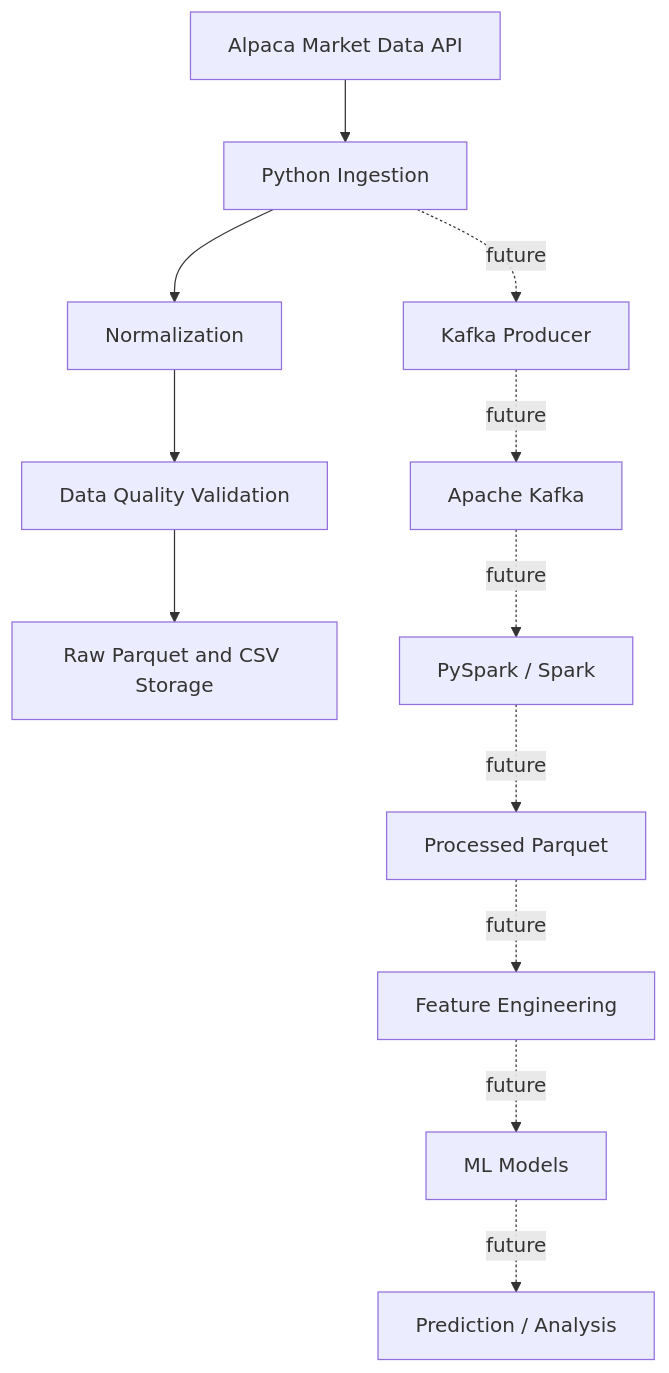
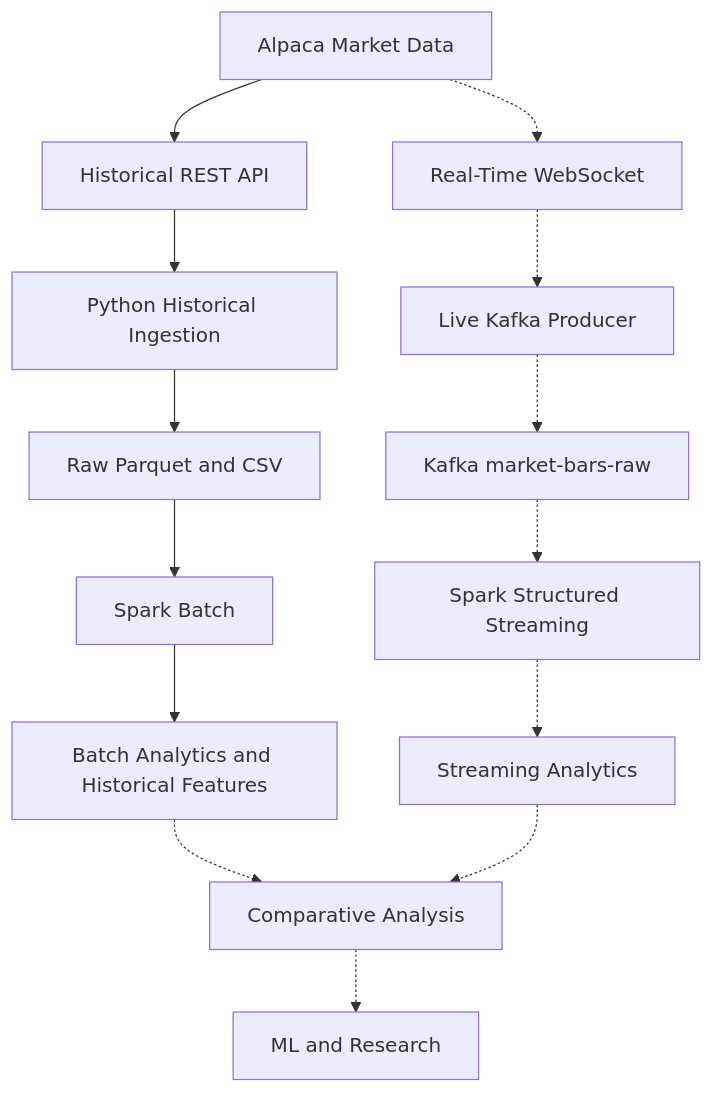
The first of 4 diagrams in README.md (1211882/LABGDD), drawn with Mermaid before and after one commit. The commit also changed other lines of this file and 26 other files, not shown here.

````diff
--- a/README.md
+++ b/README.md
@@ -20,15 +31,17 @@
 ```mermaid
 flowchart TD
-    A[Alpaca Market Data API] --> B[Python Ingestion]
-    B --> C[Normalization]
-    C --> D[Data Quality Validation]
-    D --> E[Raw Parquet and CSV Storage]
-
-    B -. future .-> F[Kafka Producer]
-    F -. future .-> G[Apache Kafka]
-    G -. future .-> H[PySpark / Spark]
-    H -. future .-> I[Processed Parquet]
-    I -. future .-> J[Feature Engineering]
-    J -. future .-> K[ML Models]
-    K -. future .-> L[Prediction / Analysis]
+    A[Alpaca Market Data]
+    A --> HR[Historical REST API]
+    A -.-> WS[Real-Time WebSocket]
+    HR --> PI[Python Historical Ingestion]
+    PI --> RAW[Raw Parquet and CSV]
+    RAW --> SB[Spark Batch]
+    SB --> BA[Batch Analytics and Historical Features]
+    WS -.-> KP[Live Kafka Producer]
+    KP -.-> K[Kafka market-bars-raw]
+    K -.-> SS[Spark Structured Streaming]
+    SS -.-> SA[Streaming Analytics]
+    BA -.-> CA[Comparative Analysis]
+    SA -.-> CA
+    CA -.-> ML[ML and Research]
 ```
````
